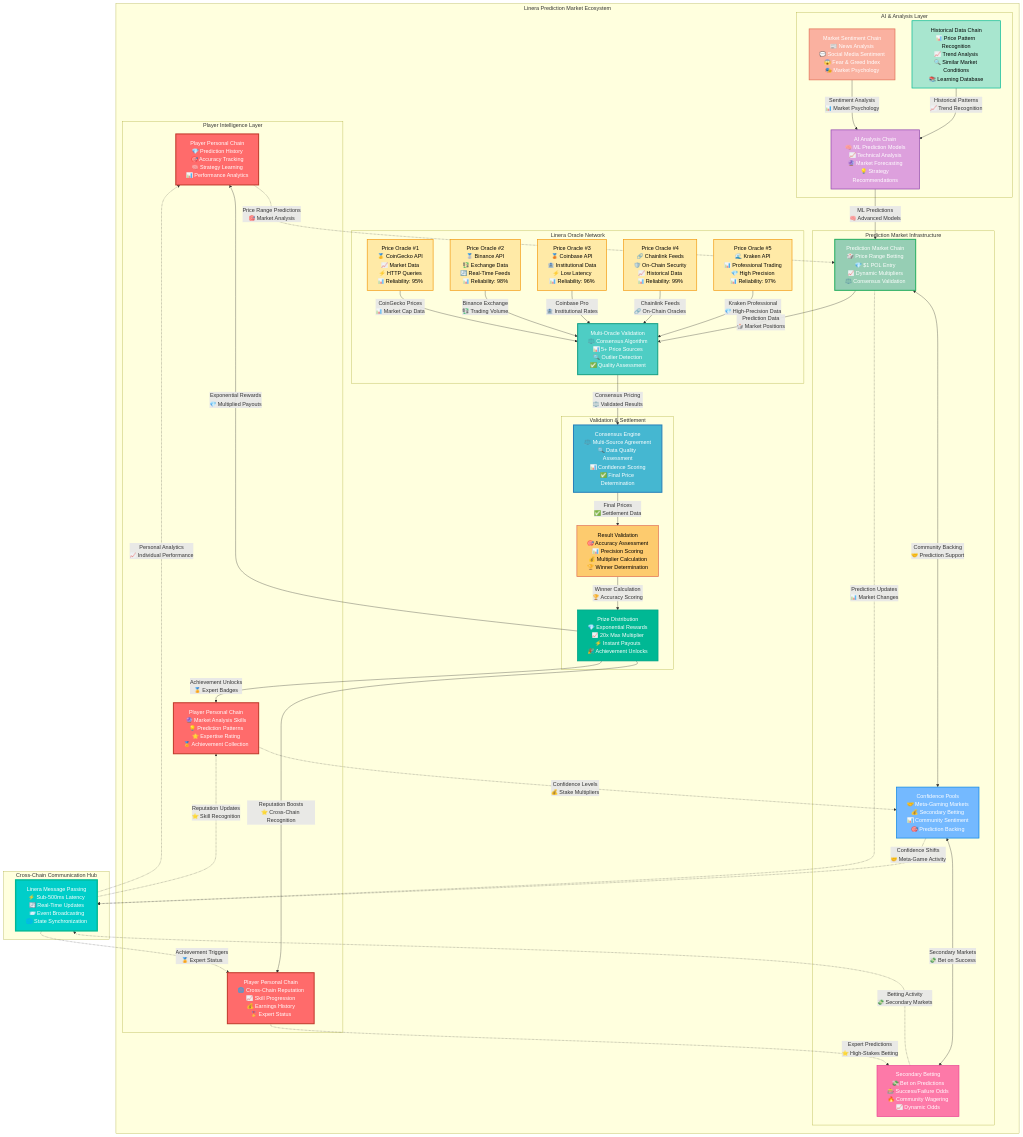
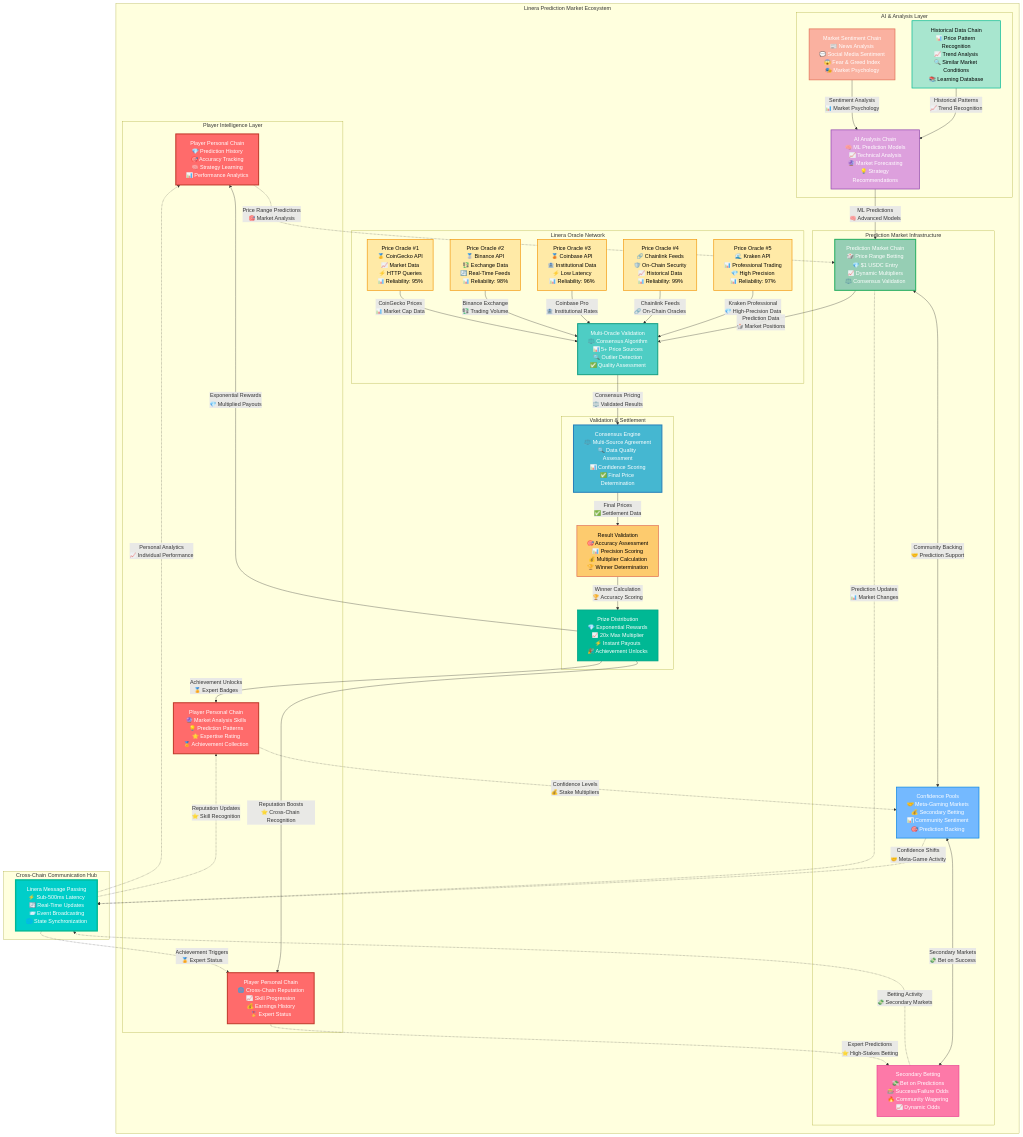
The diagram in docs/game-modes/price-range-prediction.md (adetyaz/coindrafts-linera), drawn with Mermaid before and after one commit. The commit also changed other lines of this file and 10 other files, not shown here.

```diff
--- a/docs/game-modes/price-range-prediction.md
+++ b/docs/game-modes/price-range-prediction.md
@@ -29,7 +29,7 @@
         end
 
         subgraph "Prediction Market Infrastructure"
-            PMC[Prediction Market Chain<br/>🎲 Price Range Betting<br/>💎 $1 POL Entry<br/>📈 Dynamic Multipliers<br/>⚖️ Consensus Validation]
+            PMC[Prediction Market Chain<br/>🎲 Price Range Betting<br/>💎 $1 USDC Entry<br/>📈 Dynamic Multipliers<br/>⚖️ Consensus Validation]
             CP[Confidence Pools<br/>🤝 Meta-Gaming Markets<br/>💰 Secondary Betting<br/>📊 Community Sentiment<br/>🎯 Prediction Backing]
             SB[Secondary Betting<br/>💸 Bet on Predictions<br/>🎰 Success/Failure Odds<br/>🔥 Community Wagering<br/>📈 Dynamic Odds]
         end
```
